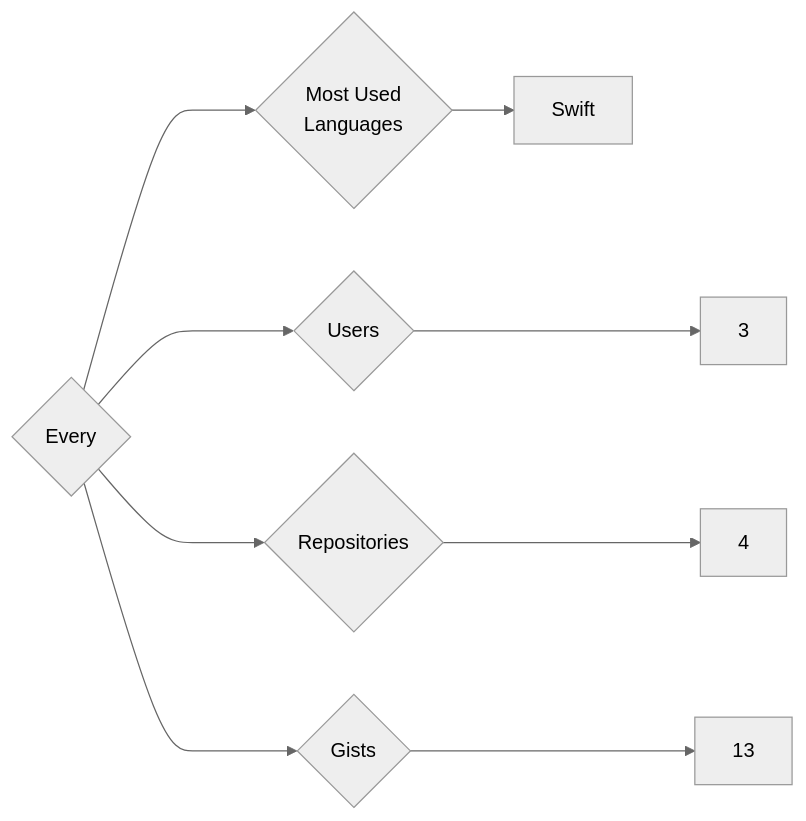
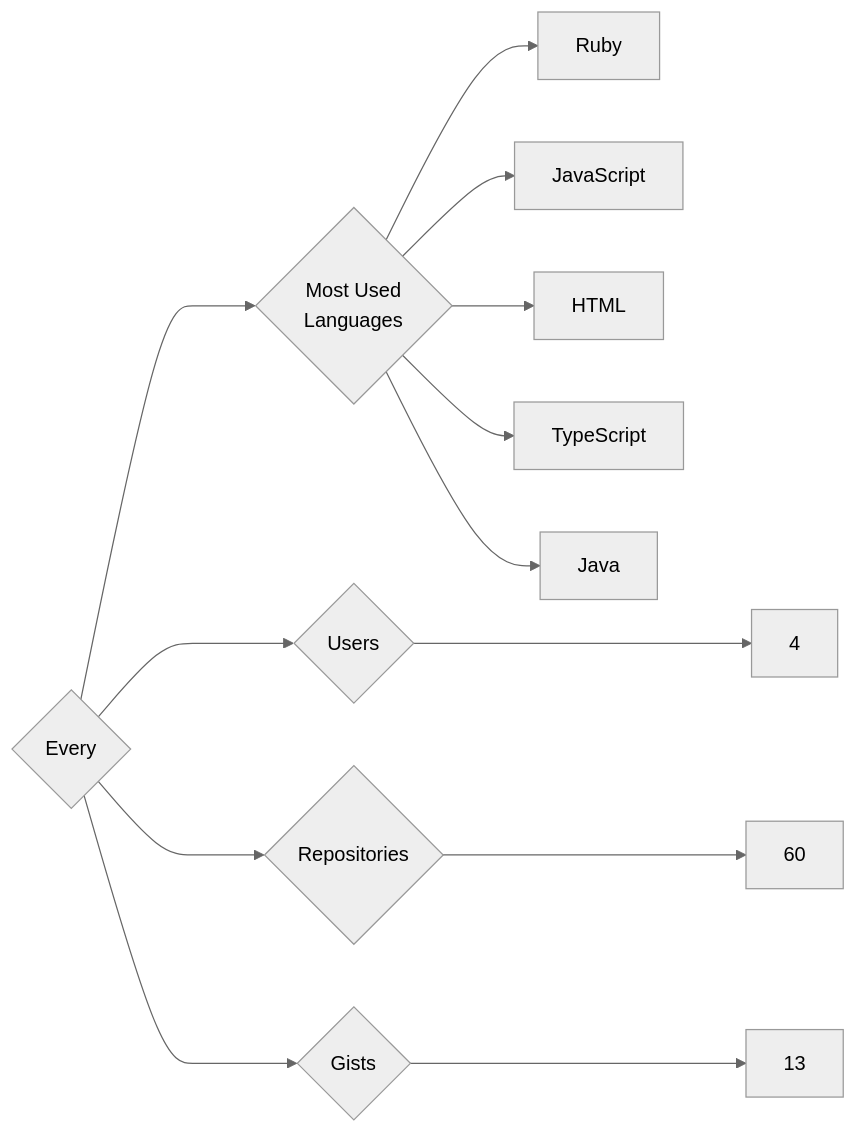
One commit to trickest/insiders changed the diagram in targets/Every/README.md. Above: the diagram before and after it, drawn with Mermaid (neutral theme). The commit also changed 1175 other files, not shown here.

````diff
--- a/targets/Every/README.md
+++ b/targets/Every/README.md
@@ -3,9 +3,13 @@
 ```mermaid
 graph LR
 COMPANY_NAME{Every}
-COMPANY_NAME ---> U{Users} ---> UN[3]
-COMPANY_NAME ---> R{Repositories} ---> RN[4]
+COMPANY_NAME ---> U{Users} ---> UN[4]
+COMPANY_NAME ---> R{Repositories} ---> RN[60]
 COMPANY_NAME ---> G{Gists} ---> GN[13]
 COMPANY_NAME ---> ML{Most Used<br>Languages}
-ML --> Swift[Swift]
+ML --> Ruby[Ruby]
+ML --> JavaScript[JavaScript]
+ML --> HTML[HTML]
+ML --> TypeScript[TypeScript]
+ML --> Java[Java]
 ```
````
